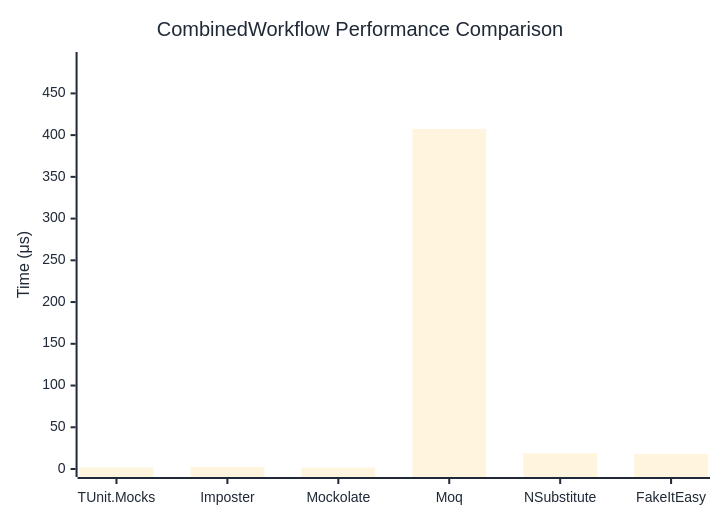
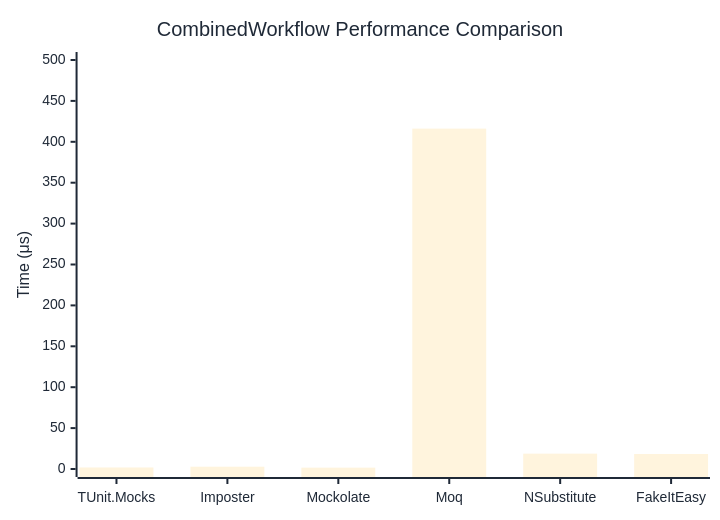
Before and after one commit to thomhurst/TUnit: the diagram in docs/docs/benchmarks/mocks/CombinedWorkflow.md, drawn with Mermaid. The commit also changed other lines of this file and 14 other files, not shown here.

````diff
--- a/docs/docs/benchmarks/mocks/CombinedWorkflow.md
+++ b/docs/docs/benchmarks/mocks/CombinedWorkflow.md
@@ -30,27 +30,27 @@
 ```mermaid
 %%{init: {
   'theme':'base',
   'themeVariables': {
     'primaryColor': '#2563eb',
     'primaryTextColor': '#1f2937',
     'primaryBorderColor': '#1e40af',
     'lineColor': '#6b7280',
     'secondaryColor': '#7c3aed',
     'tertiaryColor': '#dc2626',
     'background': '#ffffff',
     'pie1': '#2563eb',
     'pie2': '#7c3aed',
     'pie3': '#dc2626',
     'pie4': '#f59e0b',
     'pie5': '#10b981',
     'pie6': '#06b6d4',
     'pie7': '#ec4899',
     'pie8': '#6366f1'
   }
 }}%%
 xychart-beta
   title "CombinedWorkflow Performance Comparison"
   x-axis ["TUnit.Mocks", "Imposter", "Mockolate", "Moq", "NSubstitute", "FakeItEasy"]
-  y-axis "Time (μs)" 0 --> 490
-  bar [1.789, 2.537, 1.583, 407.52, 18.894, 17.927]
+  y-axis "Time (μs)" 0 --> 500
+  bar [1.861, 2.82, 1.651, 416.108, 18.775, 18.351]
 ```
````
